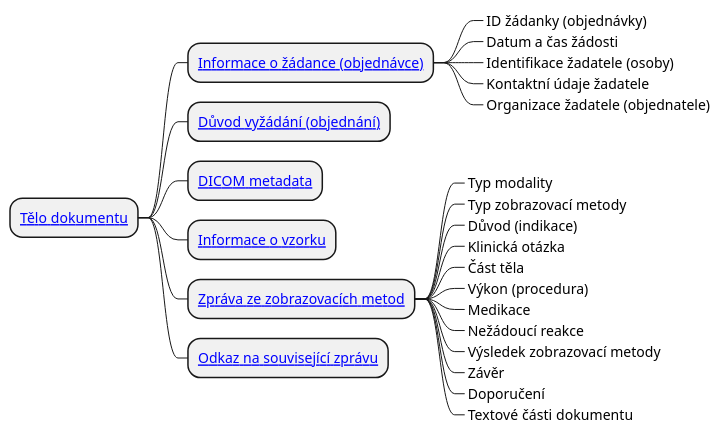
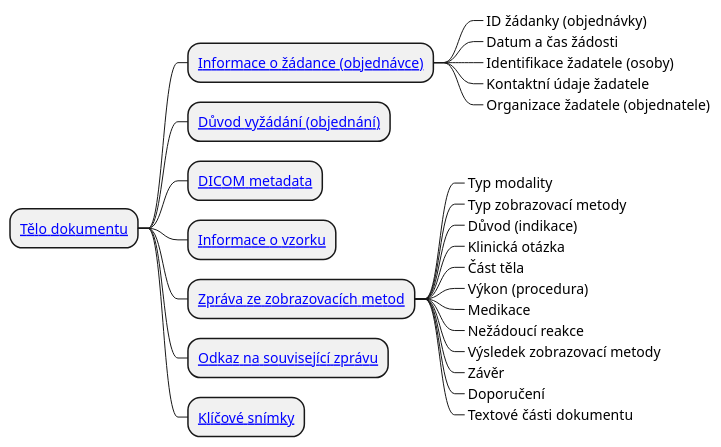
One commit to HL7-cz/img changed the diagram in input/images-source/imgReportBody_CIM-cs.plantuml. Above: the diagram before and after it, drawn with PlantUML. The commit also changed 30 other files, not shown here.

```diff
--- a/input/images-source/imgReportBody_CIM-cs.plantuml
+++ b/input/images-source/imgReportBody_CIM-cs.plantuml
@@ -1,69 +1,70 @@
 @startmindmap
 skinparam topurl StructureDefinition-
 
 * [[BodyImagingReportCz.html Tělo dokumentu]]
 ** [[InformationAboutOrder.html Informace o žádance (objednávce)]]
 ***_ ID žádanky (objednávky)
 ***_ Datum a čas žádosti
 ***_ Identifikace žadatele (osoby)
 ***_ Kontaktní údaje žadatele
 ***_ Organizace žadatele (objednatele)
-** [[ReasonForAdmision.html Důvod vyžádání (objednání)]]
-** [[DICOMMetadata.html DICOM metadata]]
+** [[ReasonForAdmission.html Důvod vyžádání (objednání)]]
+** [[DcmMetadata.html DICOM metadata]]
 ** [[SpecimenInformation.html Informace o vzorku]]
 ** [[ReportOfImagingMethod.html Zpráva ze zobrazovacích metod]]
 ***_ Typ modality
 ***_ Typ zobrazovací metody
 ***_ Důvod (indikace)
 ***_ Klinická otázka
 ***_ Část těla
 ***_ Výkon (procedura)
 ***_ Medikace
 ***_ Nežádoucí reakce
 ***_ Výsledek zobrazovací metody
 ***_ Závěr
 ***_ Doporučení
 ***_ Textové části dokumentu
 ** [[LinkToRelatedReport.html Odkaz na související zprávu]]
+** [[KeyImagesAttachment.html Klíčové snímky]]
 '** [[Attachments.html Média (přílohy)]]
 
 /'***_ Order placer
 ***_ Order reason text
 ***_ Order reason
 ***_ Clinical question
 ***_ Supporting information
 ****_ Observation
 ****_ Condition
 ****_ Medication Administration
 ****_ Devices
 ****_ Pregnancy status
 ****_ Gestational age
 ****_ Sex for clinical use
 ****_ Other supporting information
 ** Specimen
 ** Service request
 ** Exposure information
 ***_ Effective dose
 ***_ Equivalent dose information
 ****_ Equivalent dose
 ****_ Tissue type
 ** Examination Report
 ***_ Modality
 ***_ Body part
 ****_ Body location
 ****_ Laterality
 ***_ Imaging procedures
 ***_ Medication
 ***_ Adverse reaction
 ***_ Result data
 ****_ Result text
 ****_ Observation results
 ***_ Conclusion
 ****_ Impression
 ****_ Condition or finding
 ** Recommendation
 ***_ Description
 ***_ Care plan
 ** Comparison Study
 '/
 @endmindmap
```
